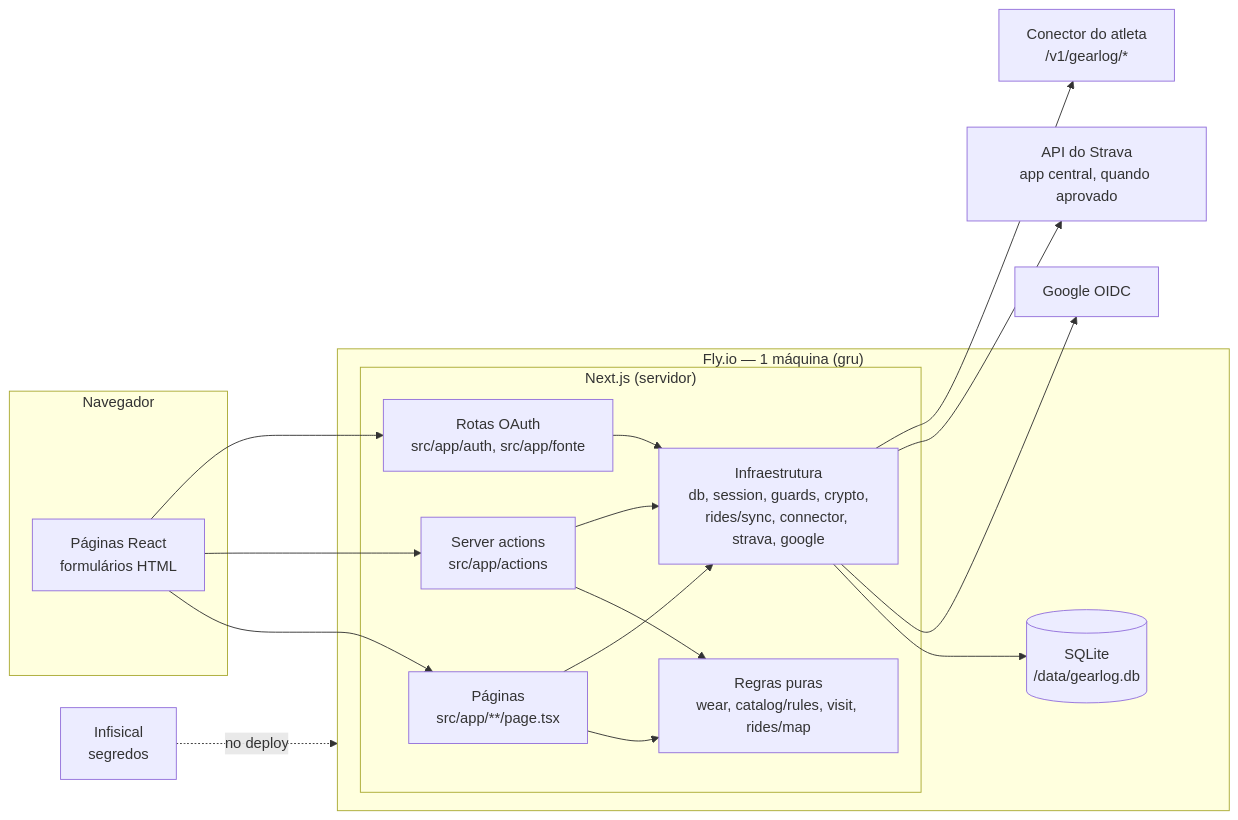
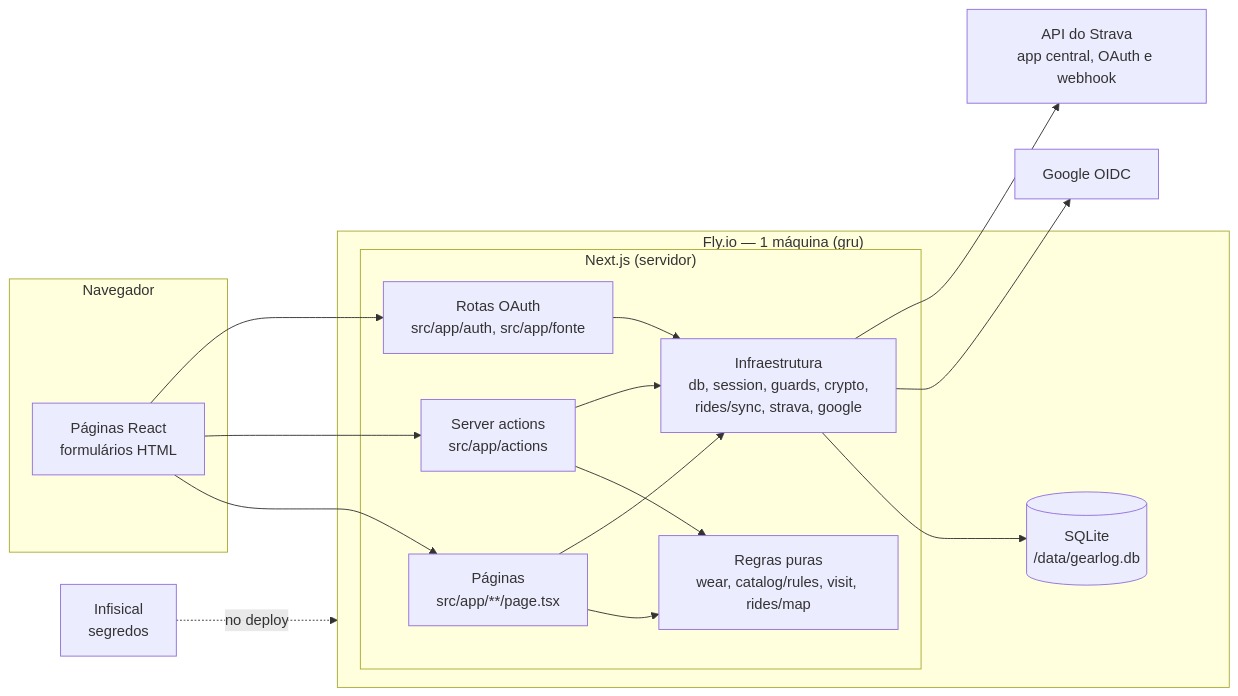
One commit to jopucciariello/modelagemdesistemas26.2 changed the diagram in docs/arquitetura.md. Above: the diagram before and after it, drawn with Mermaid. The commit also changed other lines of this file and 55 other files, not shown here.

First line of the commit message:
feat(RF06): read strava directly and drop the connector (#3)

````diff
--- a/docs/arquitetura.md
+++ b/docs/arquitetura.md
@@ -9,28 +9,27 @@
 ```mermaid
 flowchart LR
   subgraph Navegador
     UI[Páginas React<br/>formulários HTML]
   end
   subgraph Fly.io["Fly.io — 1 máquina (gru)"]
     subgraph Next["Next.js (servidor)"]
       PG[Páginas<br/>src/app/**/page.tsx]
       AC[Server actions<br/>src/app/actions]
       RT[Rotas OAuth<br/>src/app/auth, src/app/fonte]
       DOM[Regras puras<br/>wear, catalog/rules, visit, rides/map]
-      INF[Infraestrutura<br/>db, session, guards, crypto,<br/>rides/sync, connector, strava, google]
+      INF[Infraestrutura<br/>db, session, guards, crypto,<br/>rides/sync, strava, google]
     end
     DB[(SQLite<br/>/data/gearlog.db)]
   end
   G[Google OIDC]
-  S[API do Strava<br/>app central, quando aprovado]
-  C[Conector do atleta<br/>/v1/gearlog/*]
+  S[API do Strava<br/>app central, OAuth e webhook]
   I[Infisical<br/>segredos]
 
   UI --> PG & AC & RT
   PG --> DOM & INF
   AC --> DOM & INF
   RT --> INF
   INF --> DB
-  INF --> G & S & C
+  INF --> G & S
   I -. no deploy .-> Fly.io
 ```
````
